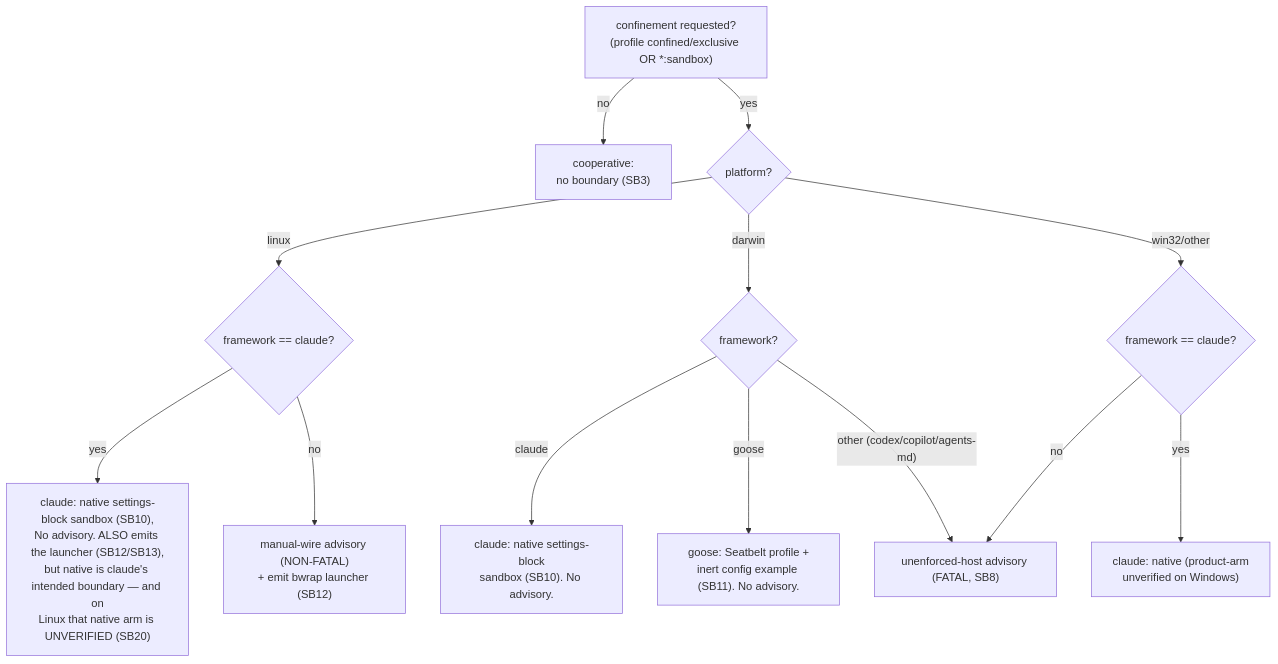
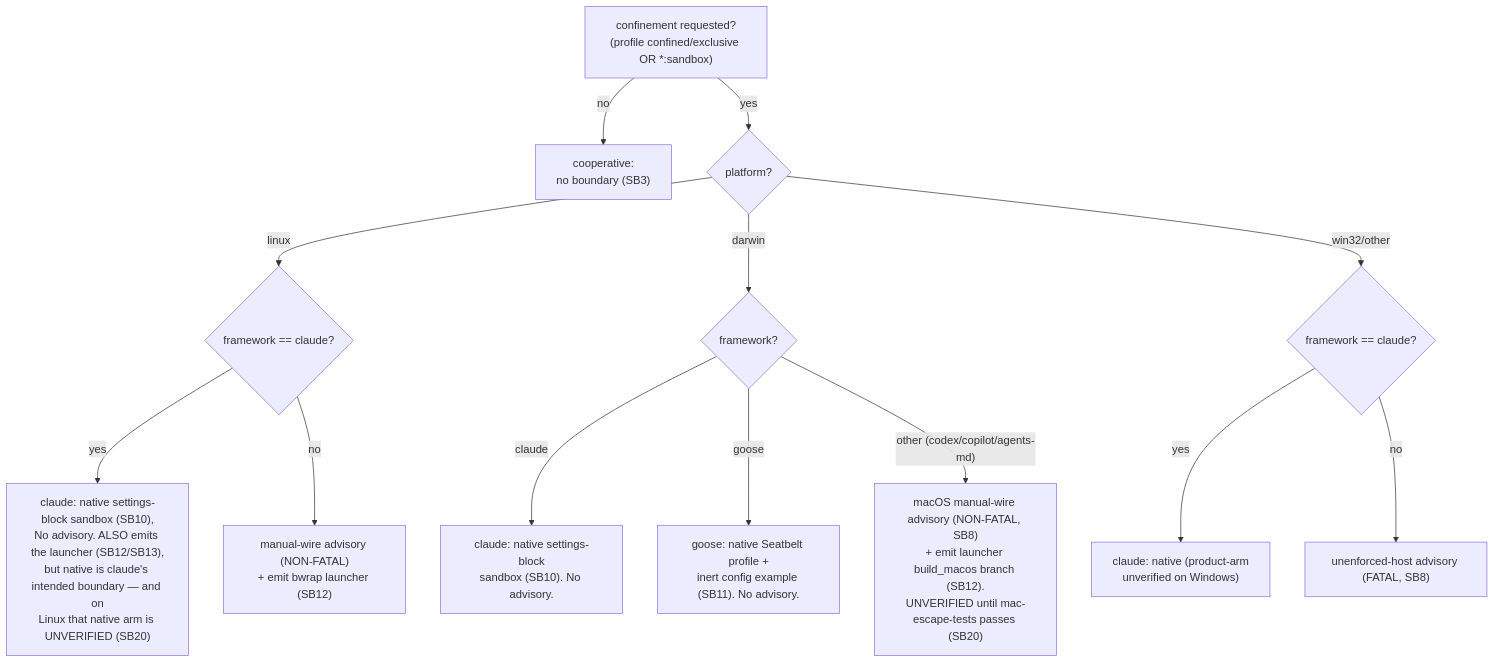
The second of 6 diagrams in docs_src/agentteams-sandboxing-guide/SKELETON.md (jlcatonjr/agentteams), drawn with Mermaid before and after one commit. The commit also changed other lines of this file and 16 other files, not shown here.

First line of the commit message:
docs(sandboxing): document the macOS augmentation of the confinement launcher

````diff
--- a/docs_src/agentteams-sandboxing-guide/SKELETON.md
+++ b/docs_src/agentteams-sandboxing-guide/SKELETON.md
@@ -192,15 +196,15 @@
 ```mermaid
 flowchart TD
     Q["confinement requested?<br/>(profile confined/exclusive OR *:sandbox)"] -->|no| COOP["cooperative:<br/>no boundary (SB3)"]
     Q -->|yes| P{"platform?"}
     P -->|linux| FW{"framework == claude?"}
     FW -->|yes| CNL["claude: native settings-block sandbox (SB10),<br/>No advisory. ALSO emits the launcher (SB12/SB13),<br/>but native is claude's intended boundary — and on<br/>Linux that native arm is UNVERIFIED (SB20)"]
     FW -->|no| ML["manual-wire advisory (NON-FATAL)<br/>+ emit bwrap launcher (SB12)"]
     P -->|darwin| DF{"framework?"}
     DF -->|claude| CN["claude: native settings-block<br/>sandbox (SB10). No advisory."]
-    DF -->|goose| SB["goose: Seatbelt profile +<br/>inert config example (SB11). No advisory."]
-    DF -->|"other (codex/copilot/agents-md)"| UH["unenforced-host advisory (FATAL, SB8)"]
+    DF -->|goose| SB["goose: native Seatbelt profile +<br/>inert config example (SB11). No advisory."]
+    DF -->|"other (codex/copilot/agents-md)"| MM["macOS manual-wire advisory (NON-FATAL, SB8)<br/>+ emit launcher build_macos branch (SB12).<br/>UNVERIFIED until mac-escape-tests passes (SB20)"]
     P -->|win32/other| W2{"framework == claude?"}
     W2 -->|yes| CW["claude: native (product-arm<br/>unverified on Windows)"]
-    W2 -->|no| UH
+    W2 -->|no| UH["unenforced-host advisory (FATAL, SB8)"]
 ```
````
